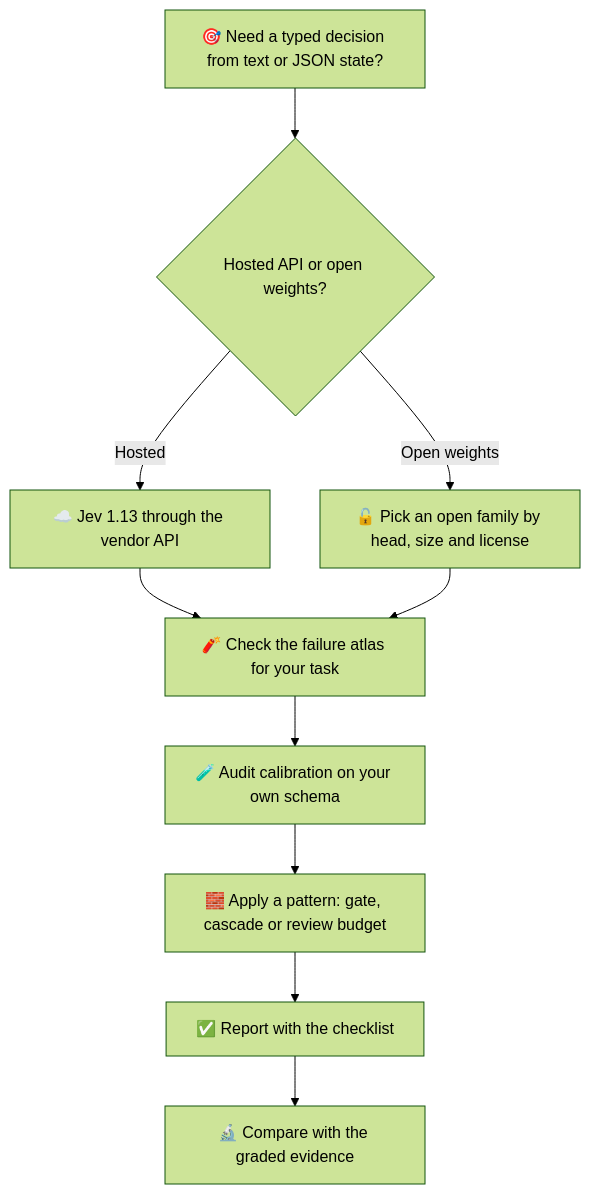
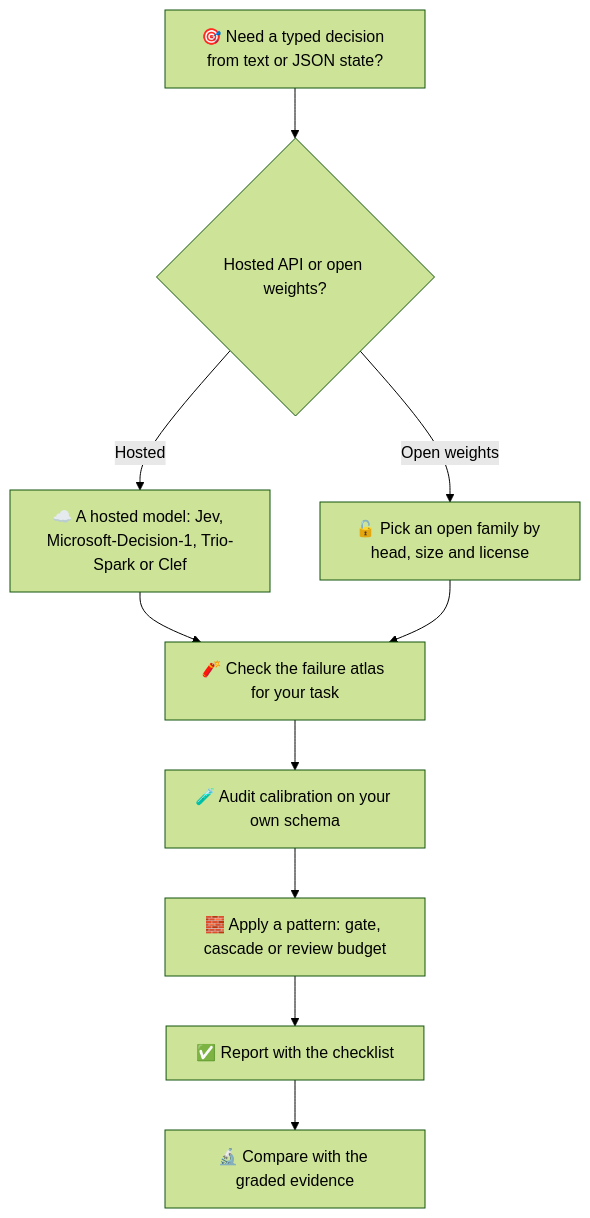
Before and after one commit to zqf20096327/ai_collect: the first of 2 diagrams in data/readmes/pozapas__awesome-system-one-models.md, drawn with Mermaid (forest theme). The commit also changed other lines of this file and 1894 other files, not shown here.

````diff
--- a/data/readmes/pozapas__awesome-system-one-models.md
+++ b/data/readmes/pozapas__awesome-system-one-models.md
@@ -82,12 +82,12 @@
 ```mermaid
 graph TD
     A[🎯 Need a typed decision from text or JSON state?] --> B{Hosted API or open weights?}
-    B -->|Hosted| C[☁️ Jev 1.13 through the vendor API]
+    B -->|Hosted| C[☁️ A hosted model: Jev, Microsoft-Decision-1, Trio-Spark or Clef]
     B -->|Open weights| D[🔓 Pick an open family by head, size and license]
     C --> E[🧨 Check the failure atlas for your task]
     D --> E
     E --> F[🧪 Audit calibration on your own schema]
     F --> G[🧱 Apply a pattern: gate, cascade or review budget]
     G --> H[✅ Report with the checklist]
     H --> I[🔬 Compare with the graded evidence]
 ```
````
